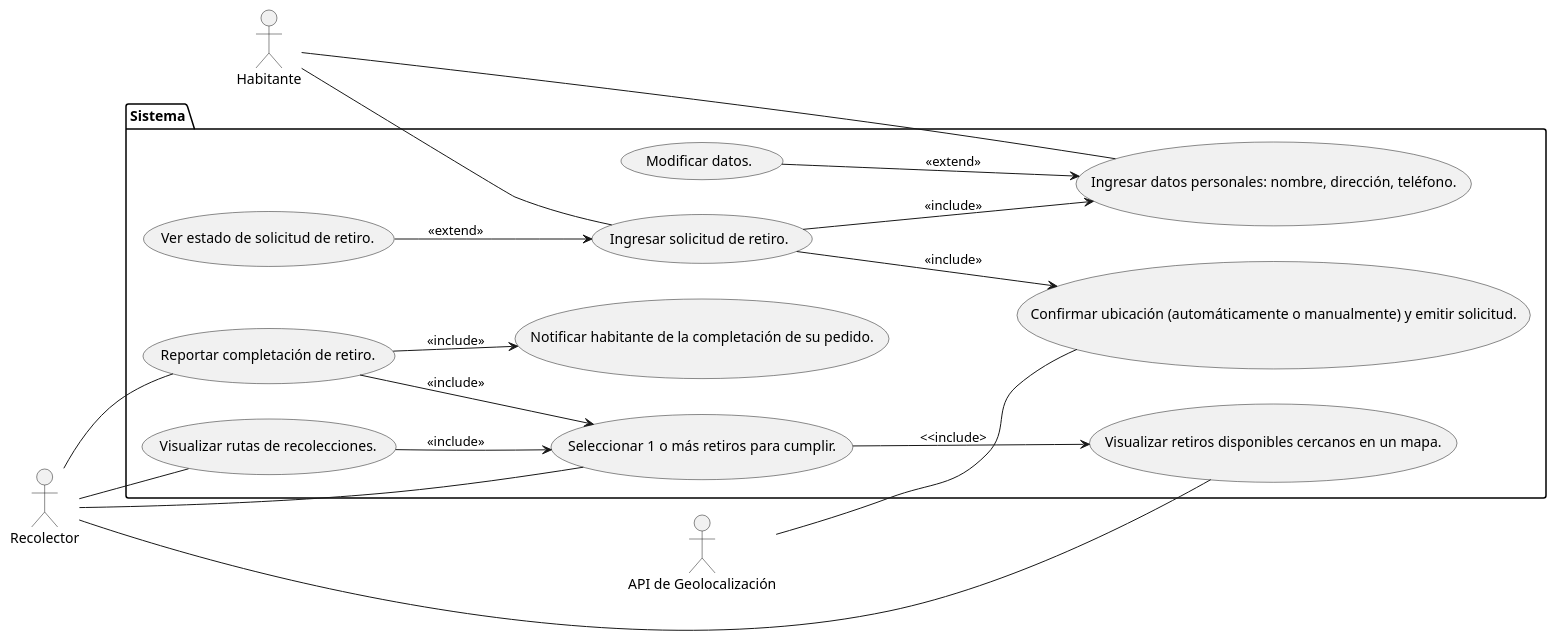
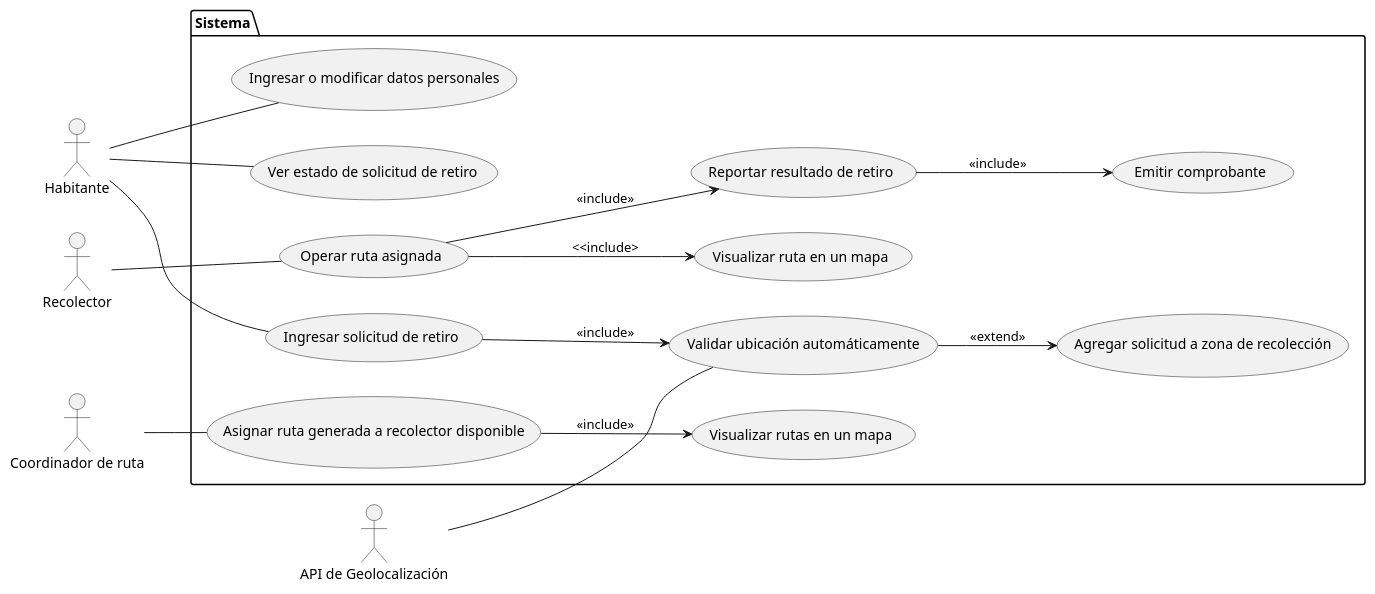
The diagram in diagrama_cdu.puml (parlinhoo/ing-software1), drawn with PlantUML before and after one commit. The commit also changed 1 other file, not shown here.

Commit message:
Diagrama CDU actualizado a version mas reciente

```diff
--- a/diagrama_cdu.puml
+++ b/diagrama_cdu.puml
@@ -1,41 +1,36 @@
 @startuml
 left to right direction
 
 :Habitante:
 :Recolector:
 :API de Geolocalización: as api
+:Coordinador de ruta: as coordinador
 
 package Sistema {
-  usecase "Ingresar solicitud de retiro." as UC1
-  usecase "Confirmar ubicación (automáticamente o manualmente) y emitir solicitud." as UC2
-  usecase "Ingresar datos personales: nombre, dirección, teléfono." as UC3
-  usecase "Modificar datos." as UC4
-  usecase "Ver estado de solicitud de retiro." as UC5
-  usecase "Seleccionar 1 o más retiros para cumplir." as UC6
-  usecase "Visualizar retiros disponibles cercanos en un mapa." as UC7
-  usecase "Reportar completación de retiro." as UC8
-  usecase "Visualizar rutas de recolecciones." as UC9
-  usecase "Notificar habitante de la completación de su pedido." as UC10
+  usecase "Ingresar solicitud de retiro" as UC1
+  usecase "Validar ubicación automáticamente" as UC2
+  usecase "Ingresar o modificar datos personales" as UC3
+  usecase "Ver estado de solicitud de retiro" as UC4
+  usecase "Operar ruta asignada" as UC5
+  usecase "Visualizar ruta en un mapa" as UC6
+  usecase "Reportar resultado de retiro" as UC7
+  usecase "Emitir comprobante" as UC8
+	usecase "Agregar solicitud a zona de recolección" as UC9
+	usecase "Asignar ruta generada a recolector disponible" as UC10
+	usecase "Visualizar rutas en un mapa" as UC11
 }
 
 :UC1: --> :UC2: : <<include>>
-:UC1: --> :UC3: : <<include>>
-:UC6: --> :UC7: : <<include>
-:UC9: --> :UC6: : <<include>>
-:UC8: --> :UC6: : <<include>>
-:UC8: --> :UC10: : <<include>>
-
-
-:UC4: --> :UC3:: <<extend>>
-:UC5: --> :UC1:: <<extend>>
-
-
+:UC5: --> :UC6: : <<include>
+:UC5: --> :UC7: : <<include>>
+:UC7: --> :UC8: : <<include>>
+:UC2: --> :UC9: : <<extend>>
+:UC10: --> :UC11: : <<include>>
 
 :Habitante: -- UC1
 :Habitante: -- UC3
-:Recolector: -- UC6
-:Recolector: -- UC7
-:Recolector: -- UC8
-:Recolector: -- UC9
+:Habitante: -- UC4
+:Recolector: -- UC5
 :api: -- UC2
+:coordinador: -- UC10
 @enduml
```
